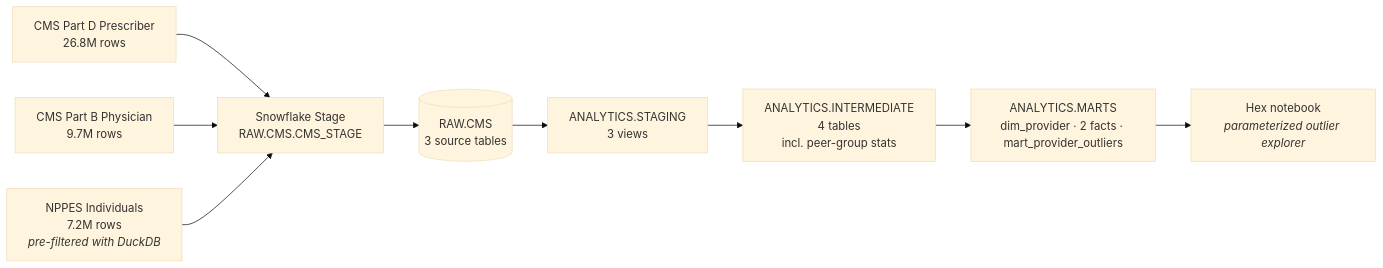
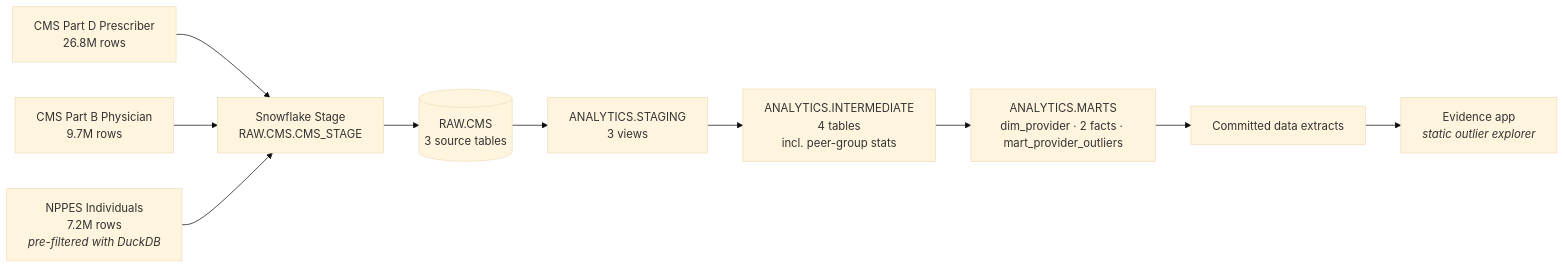
One commit to kristenmartino/medicare-provider-outliers changed the diagram in README.md. Above: the diagram before and after it, drawn with Mermaid (base theme). The commit also changed other lines of this file and 8 other files, not shown here.

````diff
--- a/README.md
+++ b/README.md
@@ -45,11 +45,12 @@
 ```mermaid
 flowchart LR
     A[CMS Part D Prescriber<br/>26.8M rows] --> S[Snowflake Stage<br/>RAW.CMS.CMS_STAGE]
     B[CMS Part B Physician<br/>9.7M rows]      --> S
     C[NPPES Individuals<br/>7.2M rows<br/><i>pre-filtered with DuckDB</i>] --> S
     S --> RAW[(RAW.CMS<br/>3 source tables)]
     RAW --> STG[ANALYTICS.STAGING<br/>3 views]
     STG --> INT[ANALYTICS.INTERMEDIATE<br/>4 tables<br/>incl. peer-group stats]
     INT --> MARTS[ANALYTICS.MARTS<br/>dim_provider · 2 facts · mart_provider_outliers]
-    MARTS --> HEX[Hex notebook<br/><i>parameterized outlier explorer</i>]
+    MARTS --> EXTRACTS[Committed data extracts]
+    EXTRACTS --> EVIDENCE[Evidence app<br/><i>static outlier explorer</i>]
 ```
````
